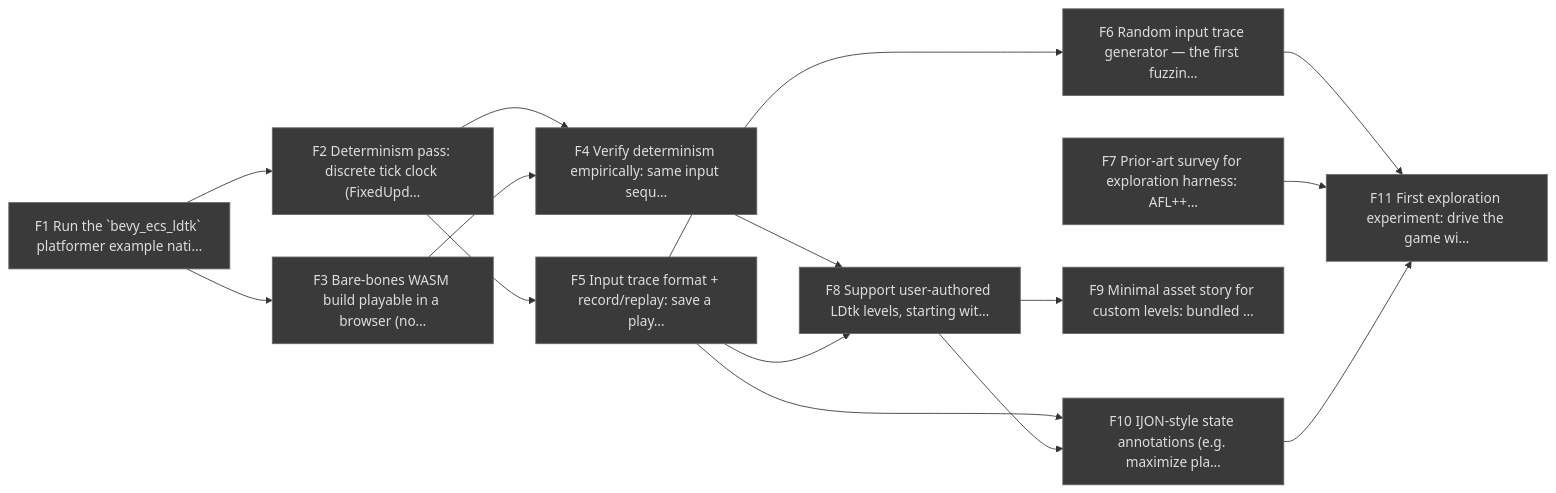
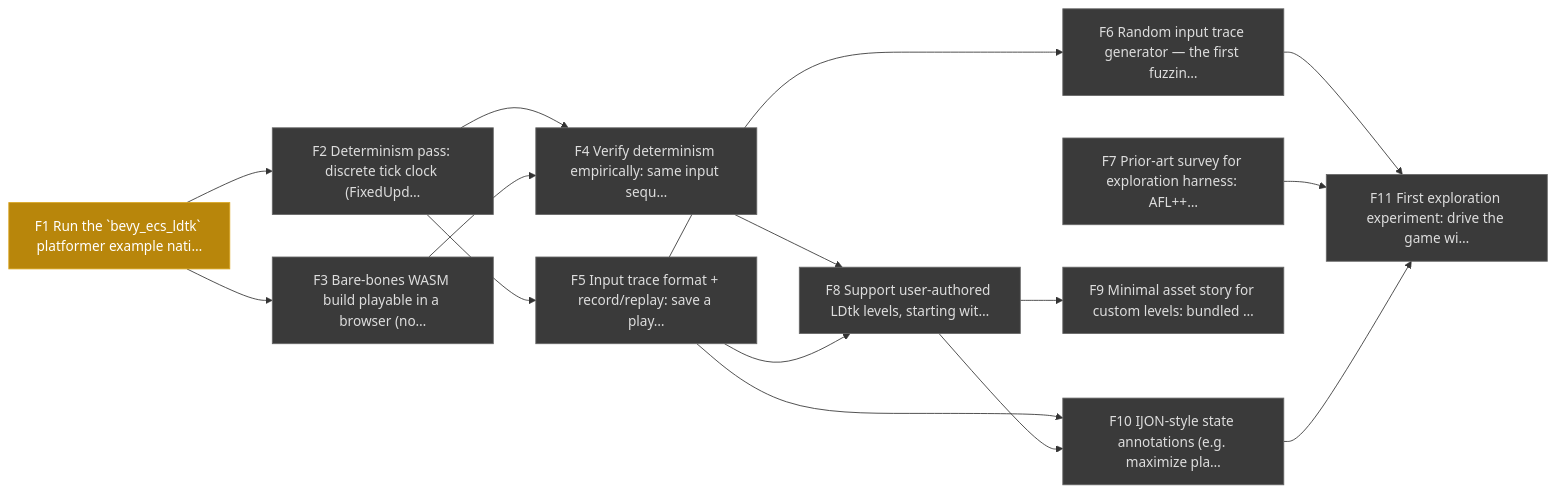
The diagram in ROADMAP.md (nverhaaren-ai/flezzle-rs), drawn with Mermaid before and after one commit. The commit also changed other lines of this file and 23 other files, not shown here.

````diff
--- a/ROADMAP.md
+++ b/ROADMAP.md
@@ -11,32 +11,32 @@
 ```mermaid
 graph LR
-  F1["F1 Run the `bevy_ecs_ldtk` platformer example nati…"]:::pending
+  F1["F1 Run the `bevy_ecs_ldtk` platformer example nati…"]:::inprogress
   F2["F2 Determinism pass: discrete tick clock (FixedUpd…"]:::pending
   F3["F3 Bare-bones WASM build playable in a browser (no…"]:::pending
   F4["F4 Verify determinism empirically: same input sequ…"]:::pending
   F5["F5 Input trace format + record/replay: save a play…"]:::pending
   F6["F6 Random input trace generator — the first fuzzin…"]:::pending
   F7["F7 Prior-art survey for exploration harness: AFL++…"]:::pending
   F8["F8 Support user-authored LDtk levels, starting wit…"]:::pending
   F9["F9 Minimal asset story for custom levels: bundled …"]:::pending
   F10["F10 IJON-style state annotations (e.g. maximize pla…"]:::pending
   F11["F11 First exploration experiment: drive the game wi…"]:::pending
   F1 --> F2
   F1 --> F3
   F2 --> F4
   F3 --> F4
   F2 --> F5
   F5 --> F6
   F4 --> F8
   F5 --> F8
   F8 --> F9
   F5 --> F10
   F8 --> F10
   F6 --> F11
   F7 --> F11
   F10 --> F11
   classDef pending fill:#3a3a3a,stroke:#666,color:#ddd;
   classDef inprogress fill:#b8860b,stroke:#daa520,color:#fff;
   classDef done fill:#1f7a3f,stroke:#2ea043,color:#fff;
   classDef blocked fill:#8b1a1a,stroke:#da3633,color:#fff;
 ```
````
